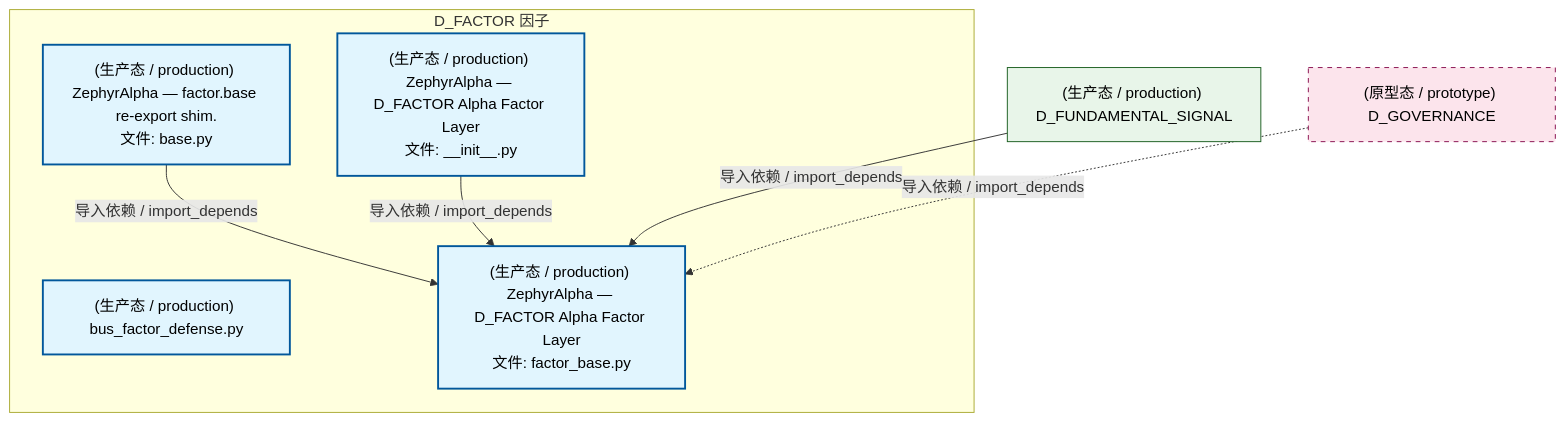
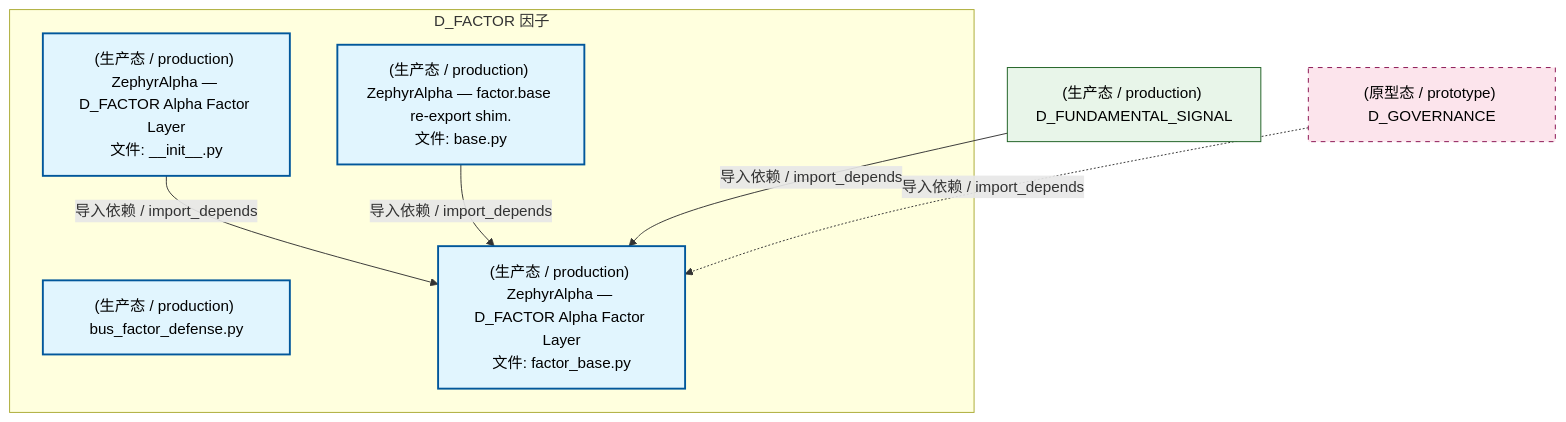
The second of 4 diagrams in docs/02_enterprise_architecture/02_domain_architecture_docs/29_d_factor.md (xuanFelixVan/ZephyrAlpha), drawn with Mermaid before and after one commit. The commit also changed other lines of this file and 100 other files, not shown here.

````diff
--- a/docs/02_enterprise_architecture/02_domain_architecture_docs/29_d_factor.md
+++ b/docs/02_enterprise_architecture/02_domain_architecture_docs/29_d_factor.md
@@ -118,22 +123,22 @@
 ```mermaid
 graph TD
     subgraph D_FACTOR["D_FACTOR 因子"]
         src_zephyr_factor_init_py["(生产态 / production) ZephyrAlpha — D_FACTOR Alpha Factor Layer<br/>文件: __init__.py"]
         src_zephyr_factor_base_py["(生产态 / production) ZephyrAlpha — factor.base re-export shim.<br/>文件: base.py"]
         src_zephyr_factor_bus_factor_defense_py["(生产态 / production) bus_factor_defense.py"]
         src_zephyr_factor_factor_base_py["(生产态 / production) ZephyrAlpha — D_FACTOR Alpha Factor Layer<br/>文件: factor_base.py"]
     end
+    src_zephyr_factor_init_py -->|导入依赖 / import_depends| src_zephyr_factor_factor_base_py
     src_zephyr_factor_base_py -->|导入依赖 / import_depends| src_zephyr_factor_factor_base_py
-    src_zephyr_factor_init_py -->|导入依赖 / import_depends| src_zephyr_factor_factor_base_py
     D_FUNDAMENTAL_SIGNAL["(生产态 / production) D_FUNDAMENTAL_SIGNAL"]
     D_FUNDAMENTAL_SIGNAL -->|导入依赖 / import_depends| src_zephyr_factor_factor_base_py
     D_GOVERNANCE["(原型态 / prototype) D_GOVERNANCE"]
     D_GOVERNANCE -.->|导入依赖 / import_depends| src_zephyr_factor_factor_base_py
     classDef production fill:#e1f5fe,stroke:#01579b,stroke-width:2px,color:#000
     classDef design fill:#fff3e0,stroke:#e65100,stroke-width:2px,color:#000,stroke-dasharray: 5 5
     classDef external_prod fill:#e8f5e9,stroke:#1b5e20,stroke-width:1px,color:#000
     classDef external_design fill:#fce4ec,stroke:#880e4f,stroke-width:1px,color:#000,stroke-dasharray: 5 5
     class src_zephyr_factor_init_py,src_zephyr_factor_base_py,src_zephyr_factor_bus_factor_defense_py,src_zephyr_factor_factor_base_py production
     class D_FUNDAMENTAL_SIGNAL external_prod
     class D_GOVERNANCE external_design
 ```
````
